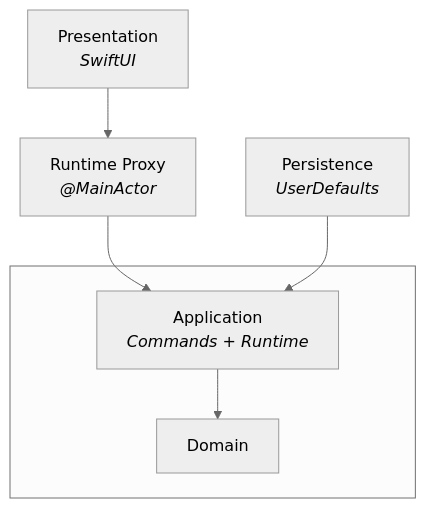
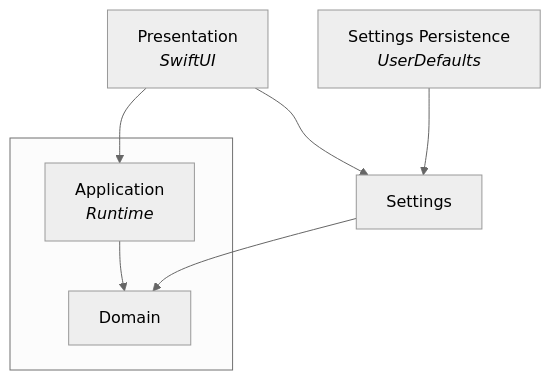
Before and after one commit to vitalydolgov/grain-desktop: the diagram in README.md, drawn with Mermaid (neutral theme). The commit also changed other lines of this file and 13 other files, not shown here.

````diff
--- a/README.md
+++ b/README.md
@@ -9,14 +9,18 @@
 ```mermaid
 flowchart TD
     P[Presentation\n<i>SwiftUI</i>]
-    B[Runtime Proxy\n<i>@MainActor</i>]
-    U[Persistence\n<i>UserDefaults</i>]
 
     subgraph ROW[" "]
-        A[Application\n<i>Commands + Runtime</i>]
+        A[Application\n<i>Runtime</i>]
         D[Domain]
+        A --> D
     end
 
-    P --> B --> A --> D
-    U --> A
+    S[Settings]
+    U[Settings Persistence\n<i>UserDefaults</i>]
+
+    P --> A
+    P --> S
+    S --> D
+    U --> S
 ```
````
